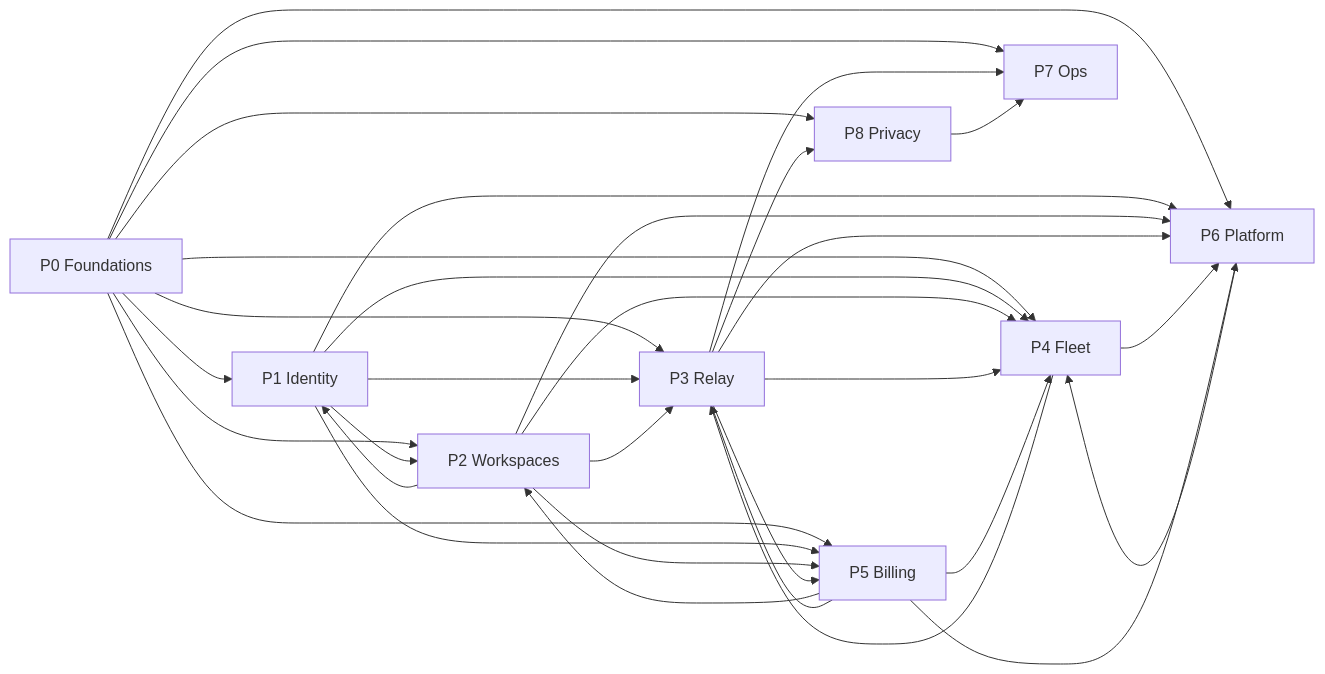
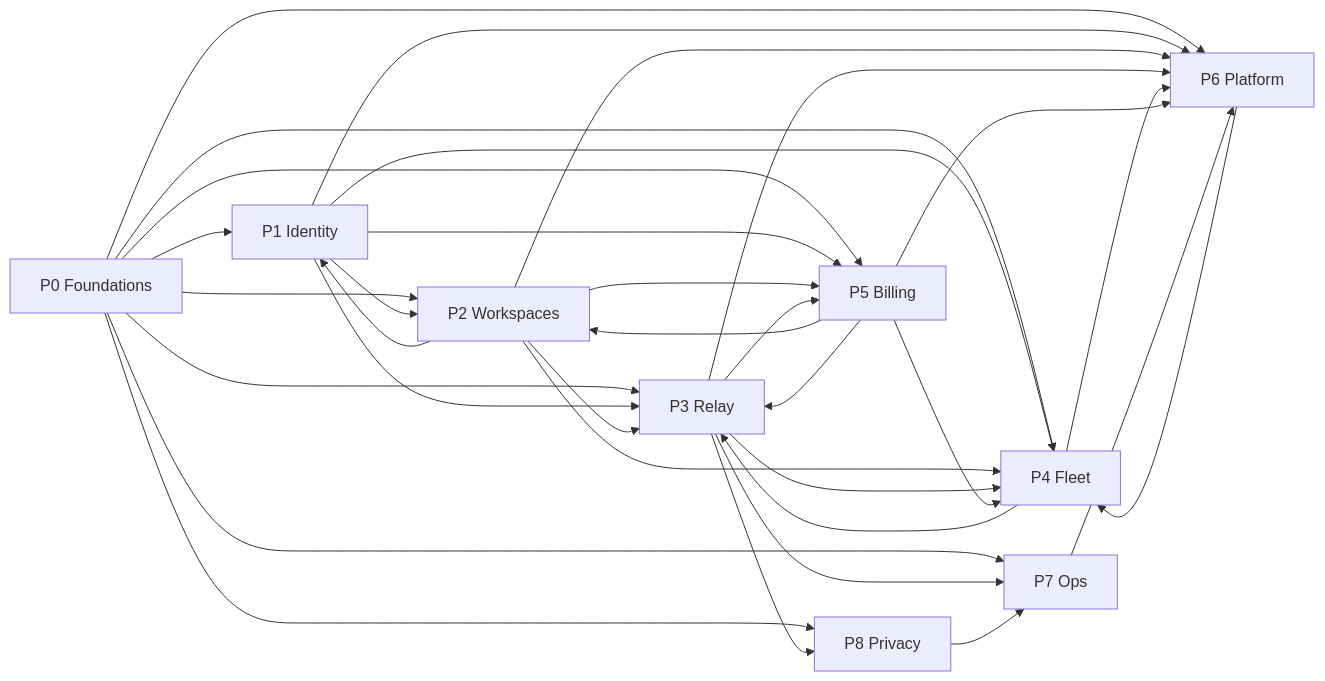
Before and after one commit to Caffeine-Driven-LLC/Centcom-backend: the first of 2 diagrams in plan/GRAPH.md, drawn with Mermaid. The commit also changed other lines of this file and 12 other files, not shown here.

````diff
--- a/plan/GRAPH.md
+++ b/plan/GRAPH.md
@@ -31,43 +31,44 @@
 ```mermaid
 flowchart LR
   P0["P0 Foundations"]
   P1["P1 Identity"]
   P2["P2 Workspaces"]
   P3["P3 Relay"]
   P4["P4 Fleet"]
   P5["P5 Billing"]
   P6["P6 Platform"]
   P7["P7 Ops"]
   P8["P8 Privacy"]
   P0 --> P1
   P0 --> P2
   P0 --> P3
   P0 --> P4
   P0 --> P5
   P0 --> P6
   P0 --> P7
   P0 --> P8
   P1 --> P2
   P1 --> P3
   P1 --> P4
   P1 --> P5
   P1 --> P6
   P2 --> P1
   P2 --> P3
   P2 --> P4
   P2 --> P5
   P2 --> P6
   P3 --> P4
   P3 --> P5
   P3 --> P6
   P3 --> P7
   P3 --> P8
   P4 --> P3
   P4 --> P6
   P5 --> P2
   P5 --> P3
   P5 --> P4
   P5 --> P6
   P6 --> P4
+  P7 --> P6
   P8 --> P7
 ```
````
